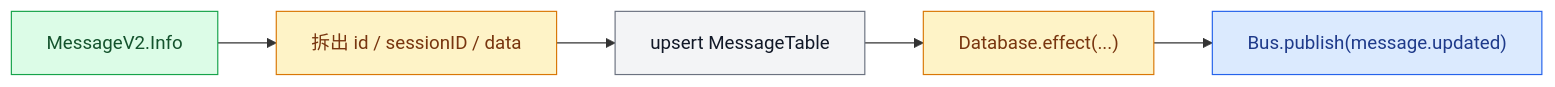
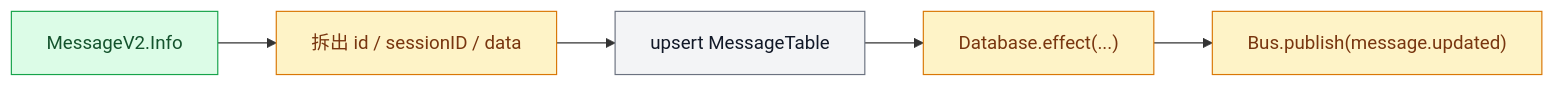
The third of 22 diagrams in opencode_kickoff/A07-durable-state.md (feuyeux/agent-study), drawn with Mermaid before and after one commit. The commit also changed other lines of this file, not shown here.

Commit message:
docs(opencode_kickoff): unify A07 diagram colors

````diff
--- a/opencode_kickoff/A07-durable-state.md
+++ b/opencode_kickoff/A07-durable-state.md
@@ -130,20 +130,20 @@
 ```mermaid
 flowchart LR
     Input["MessageV2.Info"]
     Split["拆出 id / sessionID / data"]
     Upsert["upsert MessageTable"]
     Effect["Database.effect(...)"]
     Publish["Bus.publish(message.updated)"]
 
     Input --> Split --> Upsert --> Effect --> Publish
 
     classDef producer fill:#DCFCE7,stroke:#16A34A,color:#14532D;
     classDef consumer fill:#DBEAFE,stroke:#2563EB,color:#1E3A8A;
     classDef bridge fill:#FEF3C7,stroke:#D97706,color:#78350F;
     classDef storage fill:#F3F4F6,stroke:#6B7280,color:#111827;
 
     class Input producer;
-    class Publish consumer;
+    class Publish bridge;
     class Split,Effect bridge;
     class Upsert storage;
 ```
````
